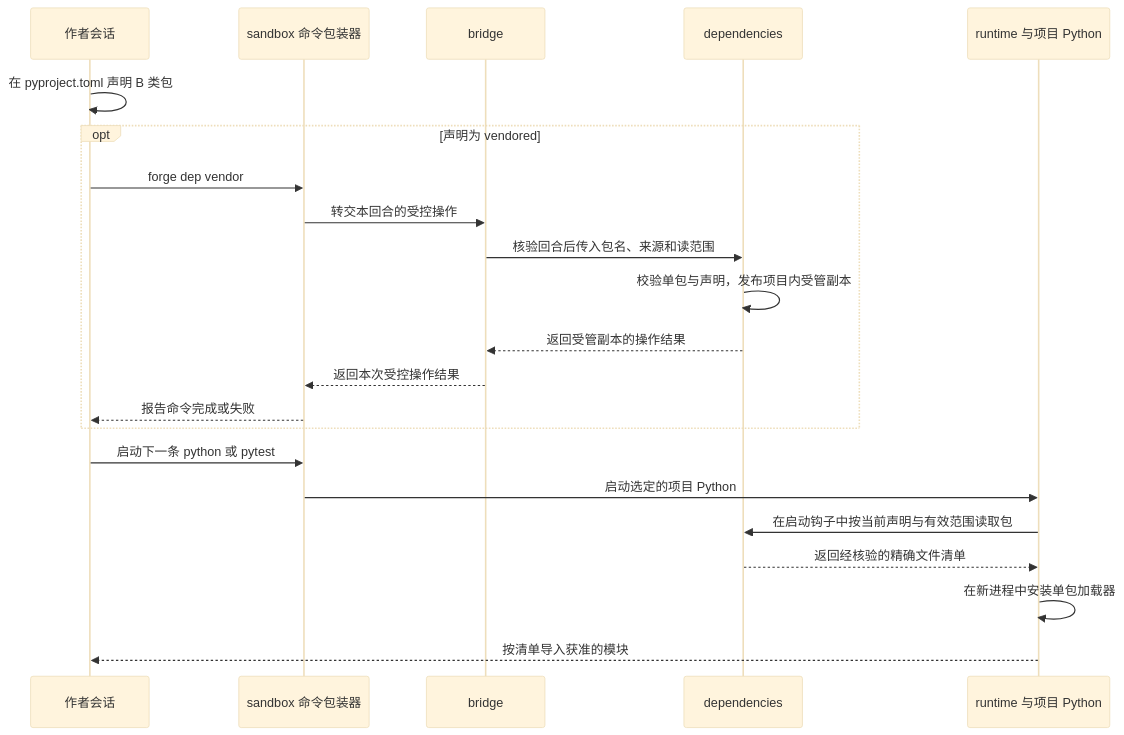
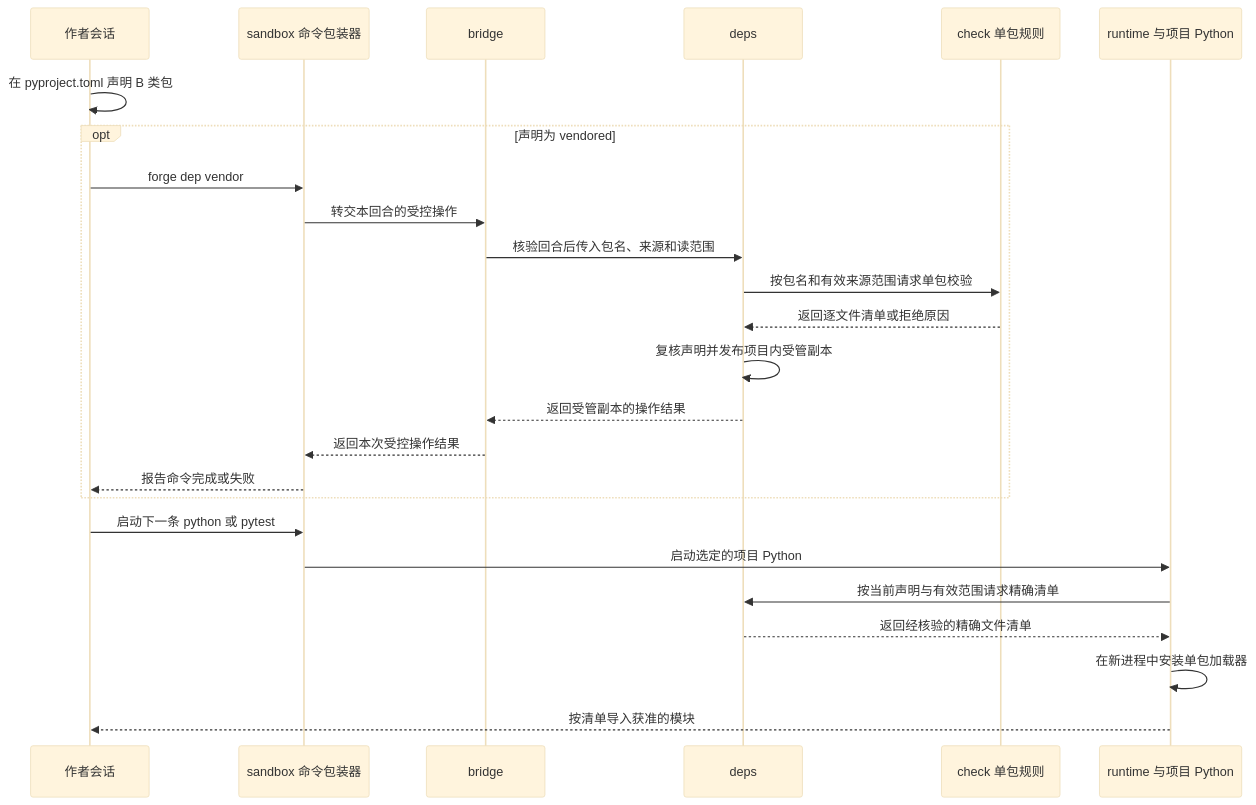
Before and after one commit to vincent9299/demiflow: the fourth of 14 diagrams in docs/demiflow-architecture.md, drawn with Mermaid (base theme). The commit also changed other lines of this file, not shown here.

````diff
--- a/docs/demiflow-architecture.md
+++ b/docs/demiflow-architecture.md
@@ -148,24 +145,27 @@
 ```mermaid
 sequenceDiagram
     participant A as 作者会话
     participant S as sandbox 命令包装器
     participant B as bridge
-    participant D as dependencies
+    participant D as deps
+    participant C as check 单包规则
     participant R as runtime 与项目 Python
     A->>A: 在 pyproject.toml 声明 B 类包
     opt 声明为 vendored
         A->>S: forge dep vendor
         S->>B: 转交本回合的受控操作
         B->>D: 核验回合后传入包名、来源和读范围
-        D->>D: 校验单包与声明，发布项目内受管副本
+        D->>C: 按包名和有效来源范围请求单包校验
+        C-->>D: 返回逐文件清单或拒绝原因
+        D->>D: 复核声明并发布项目内受管副本
         D-->>B: 返回受管副本的操作结果
         B-->>S: 返回本次受控操作结果
         S-->>A: 报告命令完成或失败
     end
     A->>S: 启动下一条 python 或 pytest
     S->>R: 启动选定的项目 Python
-    R->>D: 在启动钩子中按当前声明与有效范围读取包
+    R->>D: 按当前声明与有效范围请求精确清单
     D-->>R: 返回经核验的精确文件清单
     R->>R: 在新进程中安装单包加载器
     R-->>A: 按清单导入获准的模块
 ```
````
